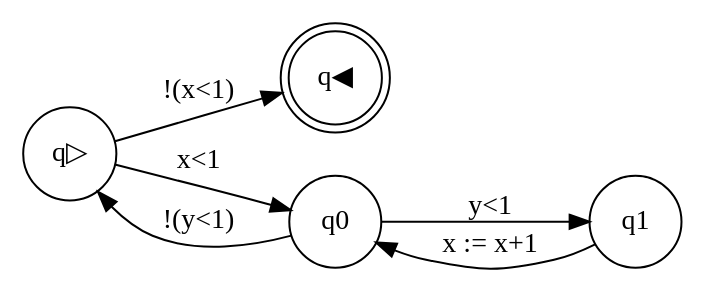
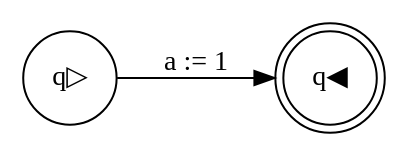
The diagram in GCL_Comp/PG.gv (bossebandowski/CSM_Mandatory), drawn with Graphviz before and after one commit. The commit also changed 51 other files, not shown here.

```diff
--- a/GCL_Comp/PG.gv
+++ b/GCL_Comp/PG.gv
@@ -1,10 +1,6 @@
 digraph program_graph {rankdir=LR;
 node [shape = circle]; q▷;
 node [shape = doublecircle]; q◀;
 node [shape = circle]
-q▷ -> q0 [label = "x<1"];
-q0 -> q1 [label = "y<1"];
-q1 -> q0 [label = "x := x+1"];
-q0 -> q▷ [label = "!(y<1)"];
-q▷ -> q◀ [label = "!(x<1)"];
+q▷ -> q◀ [label = "a := 1"];
 }
```
